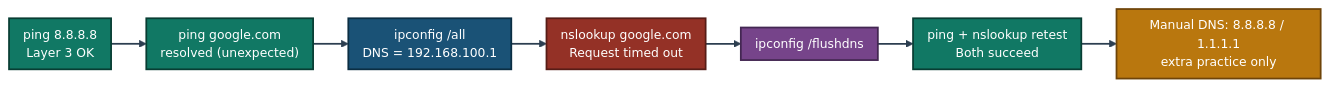
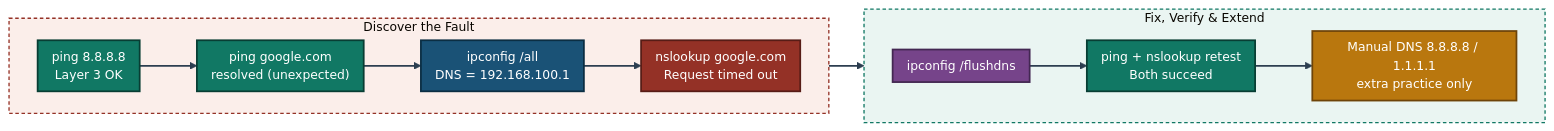
The second of 2 diagrams in 03-IT-Support-Troubleshooting/02-DNS_Troubleshooting_Resolution/README.md (malaika-azhar/Cisco-Networking-Lab-Portfolio), drawn with Mermaid before and after one commit. The commit also changed other lines of this file, not shown here.

````diff
--- a/03-IT-Support-Troubleshooting/02-DNS_Troubleshooting_Resolution/README.md
+++ b/03-IT-Support-Troubleshooting/02-DNS_Troubleshooting_Resolution/README.md
@@ -130,16 +153,28 @@
 ```mermaid
 %%{init: {'theme': 'base', 'themeVariables': {'fontSize': '14px'}, 'flowchart': {'nodeSpacing': 30, 'rankSpacing': 40, 'padding': 8}}}%%
 flowchart LR
-    S1["ping 8.8.8.8<br/>Layer 3 OK"]:::ok --> S2["ping google.com<br/>resolved (unexpected)"]:::ok
-    S2 --> S3["ipconfig /all<br/>DNS = 192.168.100.1"]:::info
-    S3 --> S4["nslookup google.com<br/>Request timed out"]:::fault
-    S4 --> S5["ipconfig /flushdns"]:::fix
-    S5 --> S6["ping + nslookup retest<br/>Both succeed"]:::ok
-    S6 --> S7["Manual DNS: 8.8.8.8 / 1.1.1.1<br/>extra practice only"]:::extra
+    subgraph Discover["Discover the Fault"]
+        direction LR
+        S1["ping 8.8.8.8<br/>Layer 3 OK"]:::ok
+        S2["ping google.com<br/>resolved (unexpected)"]:::ok
+        S3["ipconfig /all<br/>DNS = 192.168.100.1"]:::info
+        S4["nslookup google.com<br/>Request timed out"]:::fault
+        S1 --> S2 --> S3 --> S4
+    end
+    subgraph Resolve["Fix, Verify & Extend"]
+        direction LR
+        S5["ipconfig /flushdns"]:::fix
+        S6["ping + nslookup retest<br/>Both succeed"]:::ok
+        S7["Manual DNS 8.8.8.8 / 1.1.1.1<br/>extra practice only"]:::extra
+        S5 --> S6 --> S7
+    end
+    Discover --> Resolve
     classDef ok fill:#117864,stroke:#083D33,stroke-width:2px,color:#FFFFFF
     classDef info fill:#1A5276,stroke:#0B2E43,stroke-width:2px,color:#FFFFFF
     classDef fault fill:#943126,stroke:#571C16,stroke-width:2px,color:#FFFFFF
     classDef fix fill:#76448A,stroke:#432752,stroke-width:2px,color:#FFFFFF
     classDef extra fill:#B9770E,stroke:#6E4409,stroke-width:2px,color:#FFFFFF
+    style Discover fill:#FBEEEA,stroke:#943126,stroke-width:1.5px,stroke-dasharray:4 3
+    style Resolve fill:#EAF5F2,stroke:#117864,stroke-width:1.5px,stroke-dasharray:4 3
     linkStyle default stroke:#2C3E50,stroke-width:2px
 ```
````
